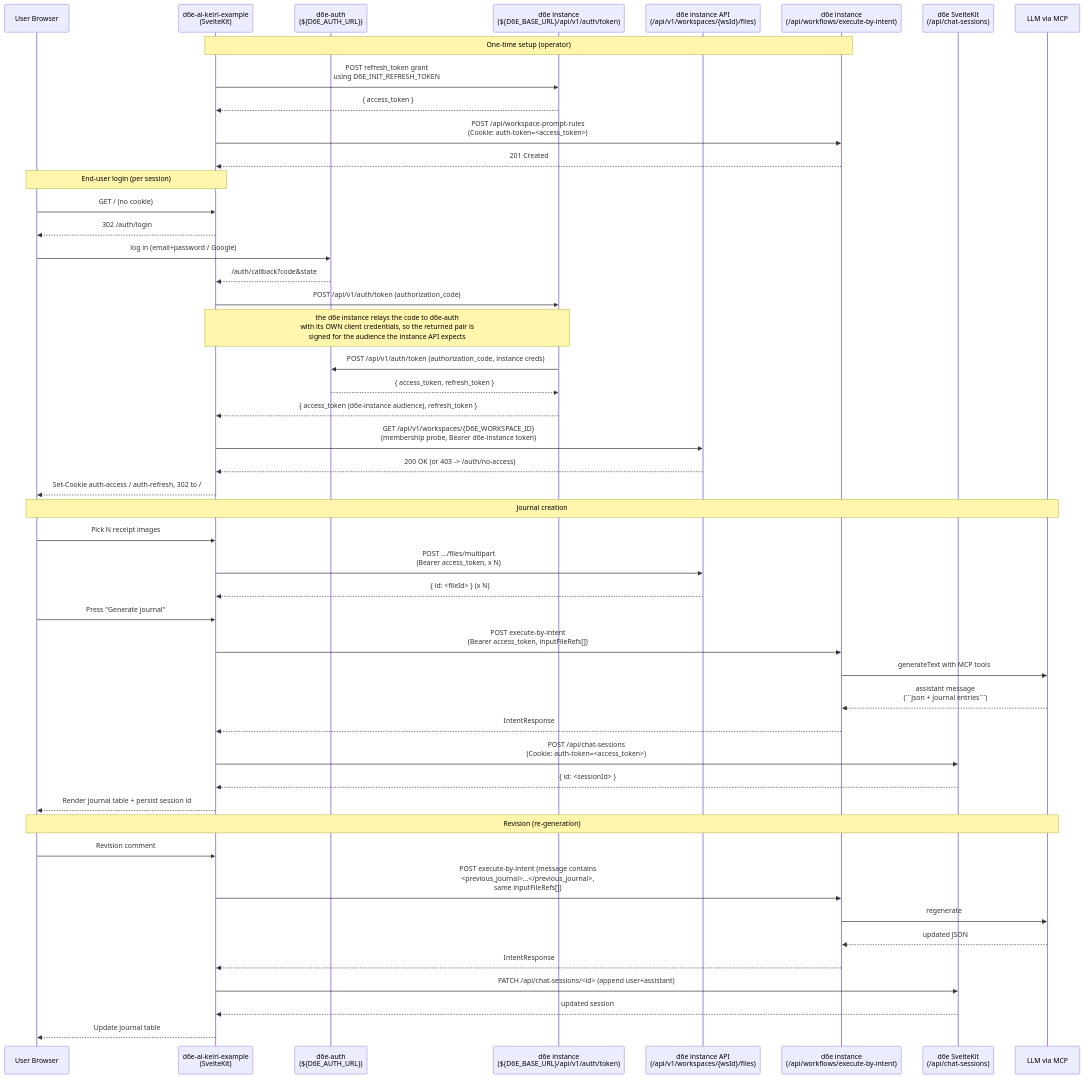
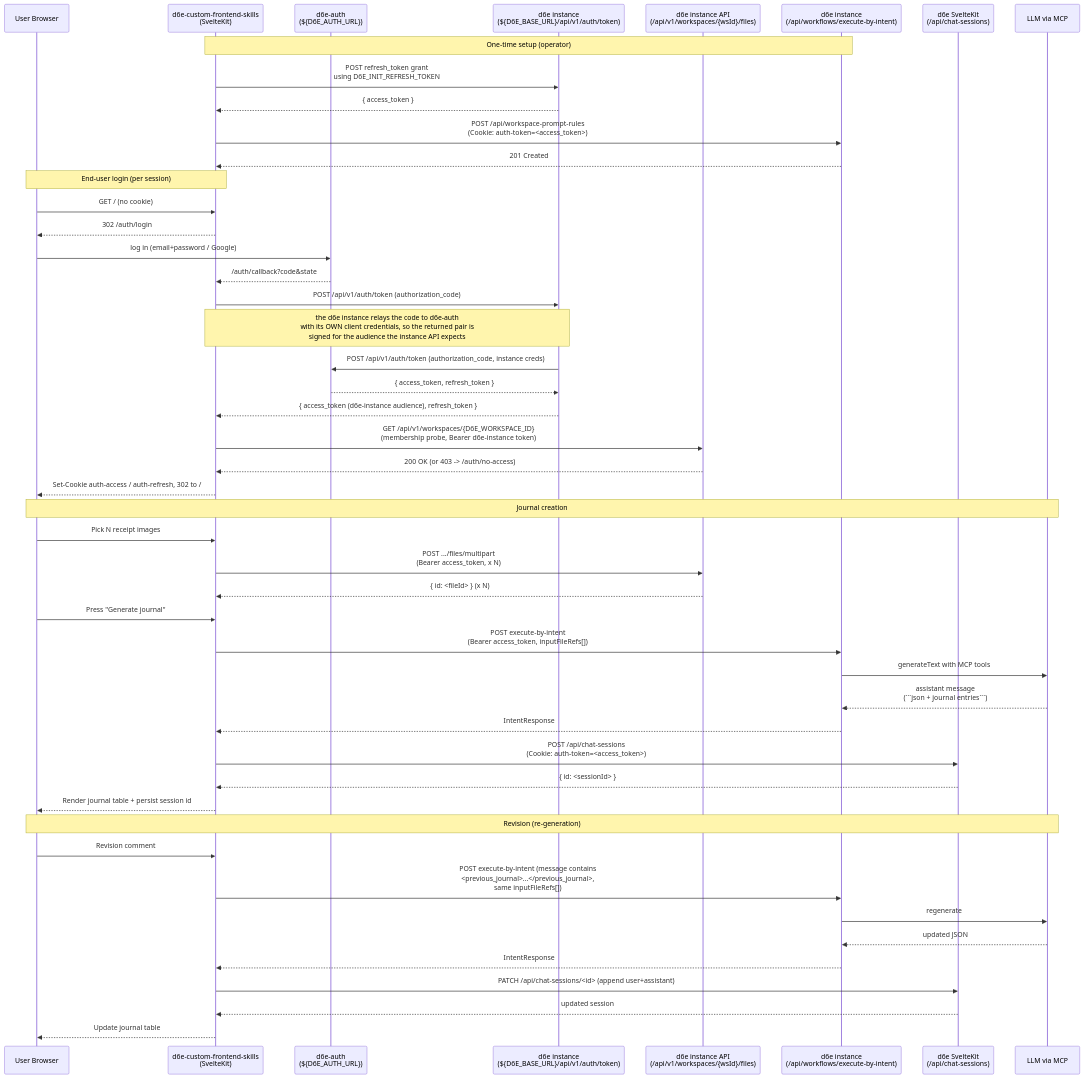
One commit to d6e-ai/d6e-ai-keiri-example changed the diagram in docs/architecture.md. Above: the diagram before and after it, drawn with Mermaid. The commit also changed other lines of this file and 9 other files, not shown here.

First line of the commit message:
chore: rename repository to d6e-custom-frontend-skills

````diff
--- a/docs/architecture.md
+++ b/docs/architecture.md
@@ -8,54 +9,54 @@
 ```mermaid
 sequenceDiagram
     participant User as User Browser
-    participant App as d6e-ai-keiri-example<br/>(SvelteKit)
+    participant App as d6e-custom-frontend-skills<br/>(SvelteKit)
     participant Auth as d6e-auth<br/>(${D6E_AUTH_URL})
     participant Token as d6e instance<br/>(${D6E_BASE_URL}/api/v1/auth/token)
     participant Files as d6e instance API<br/>(/api/v1/workspaces/{wsId}/files)
     participant Intent as d6e instance<br/>(/api/workflows/execute-by-intent)
     participant Sessions as d6e SvelteKit<br/>(/api/chat-sessions)
     participant LLM as LLM via MCP
 
     Note over App,Intent: One-time setup (operator)
     App->>Token: POST refresh_token grant<br/>using D6E_INIT_REFRESH_TOKEN
     Token-->>App: { access_token }
     App->>Intent: POST /api/workspace-prompt-rules<br/>(Cookie: auth-token=<access_token>)
     Intent-->>App: 201 Created
 
     Note over User,App: End-user login (per session)
     User->>App: GET / (no cookie)
     App-->>User: 302 /auth/login
     User->>Auth: log in (email+password / Google)
     Auth-->>App: /auth/callback?code&state
     App->>Token: POST /api/v1/auth/token (authorization_code)
     Note over App,Token: the d6e instance relays the code to d6e-auth<br/>with its OWN client credentials, so the returned pair is<br/>signed for the audience the instance API expects
     Token->>Auth: POST /api/v1/auth/token (authorization_code, instance creds)
     Auth-->>Token: { access_token, refresh_token }
     Token-->>App: { access_token (d6e-instance audience), refresh_token }
     App->>Files: GET /api/v1/workspaces/{D6E_WORKSPACE_ID}<br/>(membership probe, Bearer d6e-instance token)
     Files-->>App: 200 OK (or 403 -> /auth/no-access)
     App-->>User: Set-Cookie auth-access / auth-refresh, 302 to /
 
     Note over User,LLM: Journal creation
     User->>App: Pick N receipt images
     App->>Files: POST .../files/multipart<br/>(Bearer access_token, x N)
     Files-->>App: { id: <fileId> } (x N)
     User->>App: Press "Generate journal"
     App->>Intent: POST execute-by-intent<br/>(Bearer access_token, inputFileRefs[])
     Intent->>LLM: generateText with MCP tools
     LLM-->>Intent: assistant message<br/>(```json + journal entries```)
     Intent-->>App: IntentResponse
     App->>Sessions: POST /api/chat-sessions<br/>(Cookie: auth-token=<access_token>)
     Sessions-->>App: { id: <sessionId> }
     App-->>User: Render journal table + persist session id
 
     Note over User,LLM: Revision (re-generation)
     User->>App: Revision comment
     App->>Intent: POST execute-by-intent (message contains<br/><previous_journal>...</previous_journal>,<br/>same inputFileRefs[])
     Intent->>LLM: regenerate
     LLM-->>Intent: updated JSON
     Intent-->>App: IntentResponse
     App->>Sessions: PATCH /api/chat-sessions/<id> (append user+assistant)
     Sessions-->>App: updated session
     App-->>User: Update journal table
 ```
````
